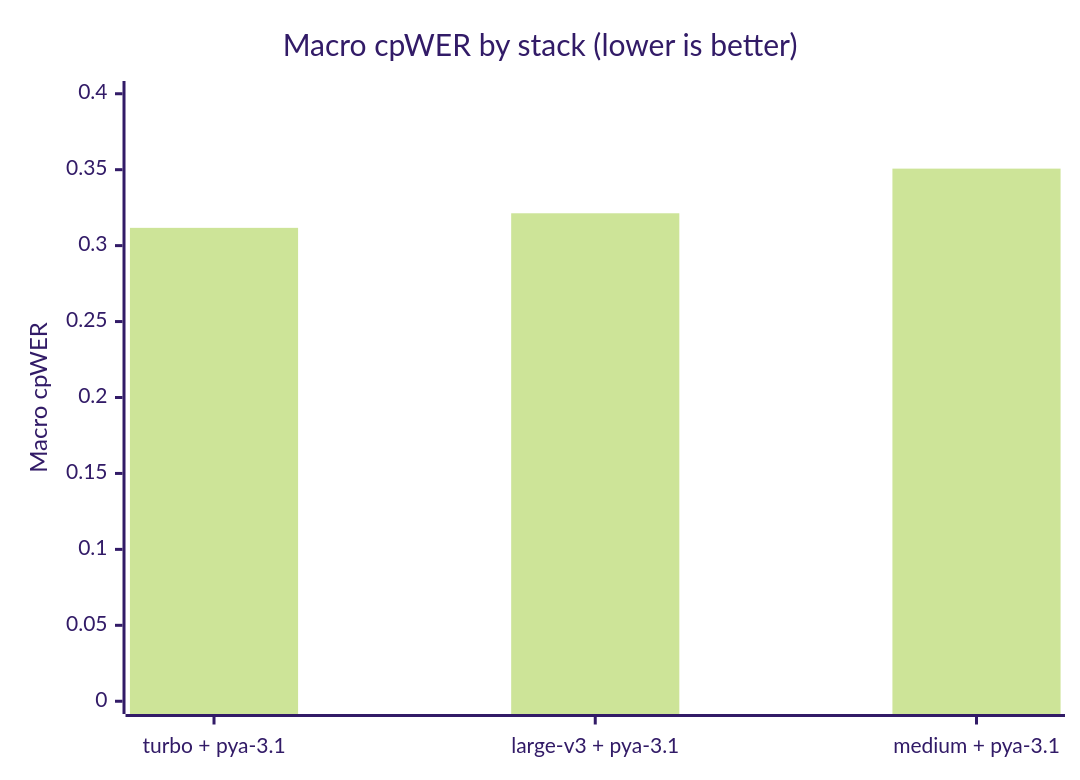
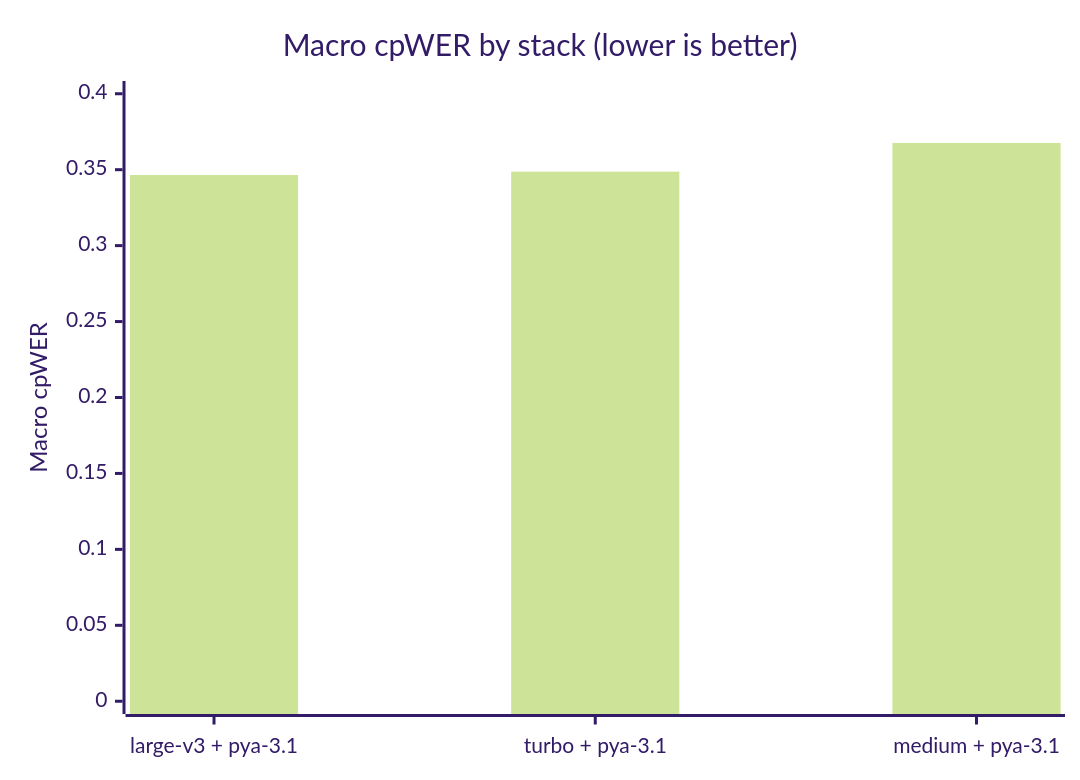
Before and after one commit to nkhaloo/speech-stack-benchmark: the fourth of 5 diagrams in docs/results.md, drawn with Mermaid (forest theme). The commit also changed other lines of this file and 2 other files, not shown here.

````diff
--- a/docs/results.md
+++ b/docs/results.md
@@ -212,7 +207,7 @@
 ```mermaid
 xychart-beta
     title "Macro cpWER by stack (lower is better)"
-    x-axis ["turbo + pya-3.1", "large-v3 + pya-3.1", "medium + pya-3.1"]
+    x-axis ["large-v3 + pya-3.1", "turbo + pya-3.1", "medium + pya-3.1"]
     y-axis "Macro cpWER" 0 --> 0.4
-    bar [0.3117, 0.3213, 0.3507]
+    bar [0.3465, 0.3487, 0.3676]
 ```
````
